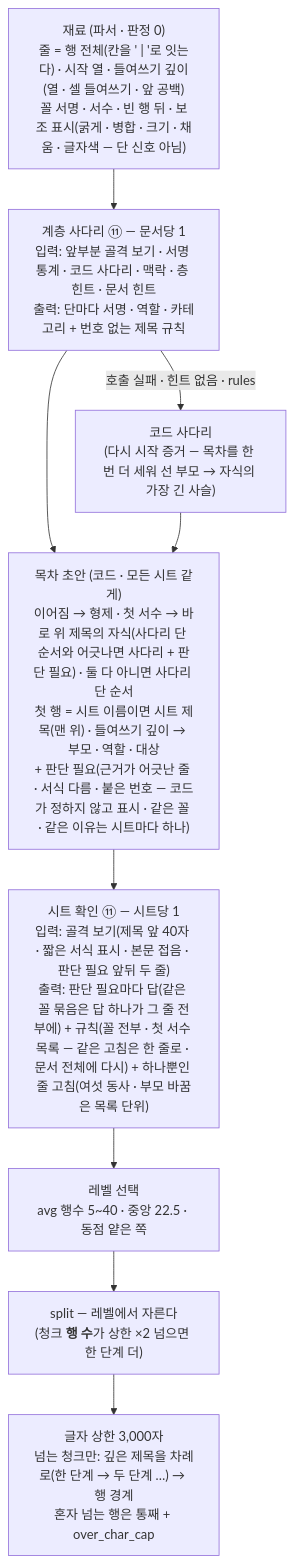
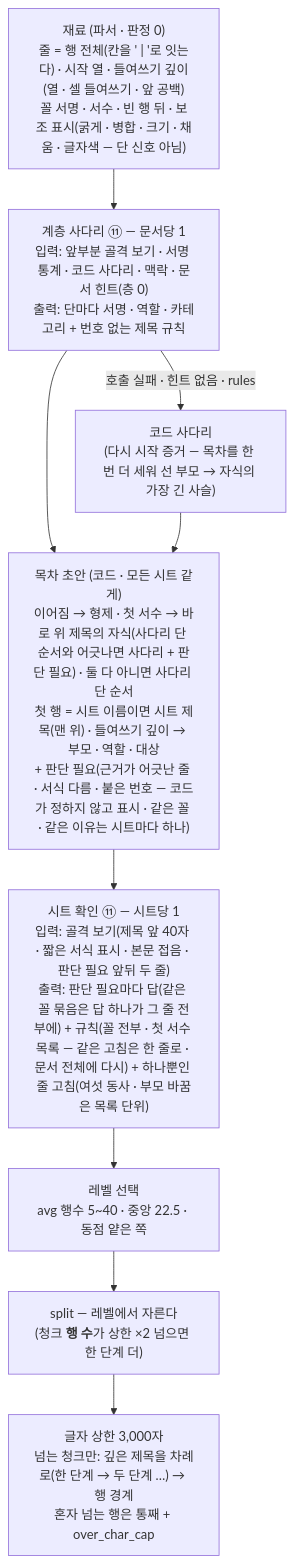
Before and after one commit to playjae0/ontology_system: the third of 3 diagrams in docs/구조도/02_파싱과_추출.md, drawn with Mermaid. The commit also changed other lines of this file and 71 other files, not shown here.

````diff
--- a/docs/구조도/02_파싱과_추출.md
+++ b/docs/구조도/02_파싱과_추출.md
@@ -195,10 +195,10 @@
 ```mermaid
 flowchart TD
-  R["재료 (파서 · 판정 0)<br/>줄 = 행 전체(칸을 ' | '로 잇는다) · 시작 열 · 들여쓰기 깊이(열 · 셀 들여쓰기 · 앞 공백)<br/>꼴 서명 · 서수 · 빈 행 뒤 · 보조 표시(굵게 · 병합 · 크기 · 채움 · 글자색 — 단 신호 아님)"] --> L["계층 사다리 ⑪ — 문서당 1<br/>입력: 앞부분 골격 보기 · 서명 통계 · 코드 사다리 · 맥락 · 층 힌트 · 문서 힌트<br/>출력: 단마다 서명 · 역할 · 카테고리 + 번호 없는 제목 규칙"]
+  R["재료 (파서 · 판정 0)<br/>줄 = 행 전체(칸을 ' | '로 잇는다) · 시작 열 · 들여쓰기 깊이(열 · 셀 들여쓰기 · 앞 공백)<br/>꼴 서명 · 서수 · 빈 행 뒤 · 보조 표시(굵게 · 병합 · 크기 · 채움 · 글자색 — 단 신호 아님)"] --> L["계층 사다리 ⑪ — 문서당 1<br/>입력: 앞부분 골격 보기 · 서명 통계 · 코드 사다리 · 맥락 · 문서 힌트(층 0)<br/>출력: 단마다 서명 · 역할 · 카테고리 + 번호 없는 제목 규칙"]
   L -->|호출 실패 · 힌트 없음 · rules| K["코드 사다리<br/>(다시 시작 증거 — 목차를 한 번 더 세워 선 부모 → 자식의 가장 긴 사슬)"]
   L --> T["목차 초안 (코드 · 모든 시트 같게)<br/>이어짐 → 형제 · 첫 서수 → 바로 위 제목의 자식(사다리 단 순서와 어긋나면 사다리 + 판단 필요) · 둘 다 아니면 사다리 단 순서<br/>첫 행 = 시트 이름이면 시트 제목(맨 위) · 들여쓰기 깊이 → 부모 · 역할 · 대상<br/>+ 판단 필요(근거가 어긋난 줄 · 서식 다름 · 붙은 번호 — 코드가 정하지 않고 표시 · 같은 꼴 · 같은 이유는 시트마다 하나)"]
   K --> T
   T --> C["시트 확인 ⑪ — 시트당 1<br/>입력: 골격 보기(제목 앞 40자 · 짧은 서식 표시 · 본문 접음 · 판단 필요 앞뒤 두 줄)<br/>출력: 판단 필요마다 답(같은 꼴 묶음은 답 하나가 그 줄 전부에) + 규칙(꼴 전부 · 첫 서수 목록 — 같은 고침은 한 줄로 · 문서 전체에 다시) + 하나뿐인 줄 고침(여섯 동사 · 부모 바꿈은 목록 단위)"]
   C --> B1["레벨 선택<br/>avg 행수 5~40 · 중앙 22.5 · 동점 얕은 쪽"] --> S["split — 레벨에서 자른다<br/>(청크 <b>행 수</b>가 상한 ×2 넘으면 한 단계 더)"]
   S --> X["글자 상한 3,000자<br/>넘는 청크만: 깊은 제목을 차례로(한 단계 → 두 단계 …) → 행 경계<br/>혼자 넘는 행은 통째 + over_char_cap"]
 ```
````
